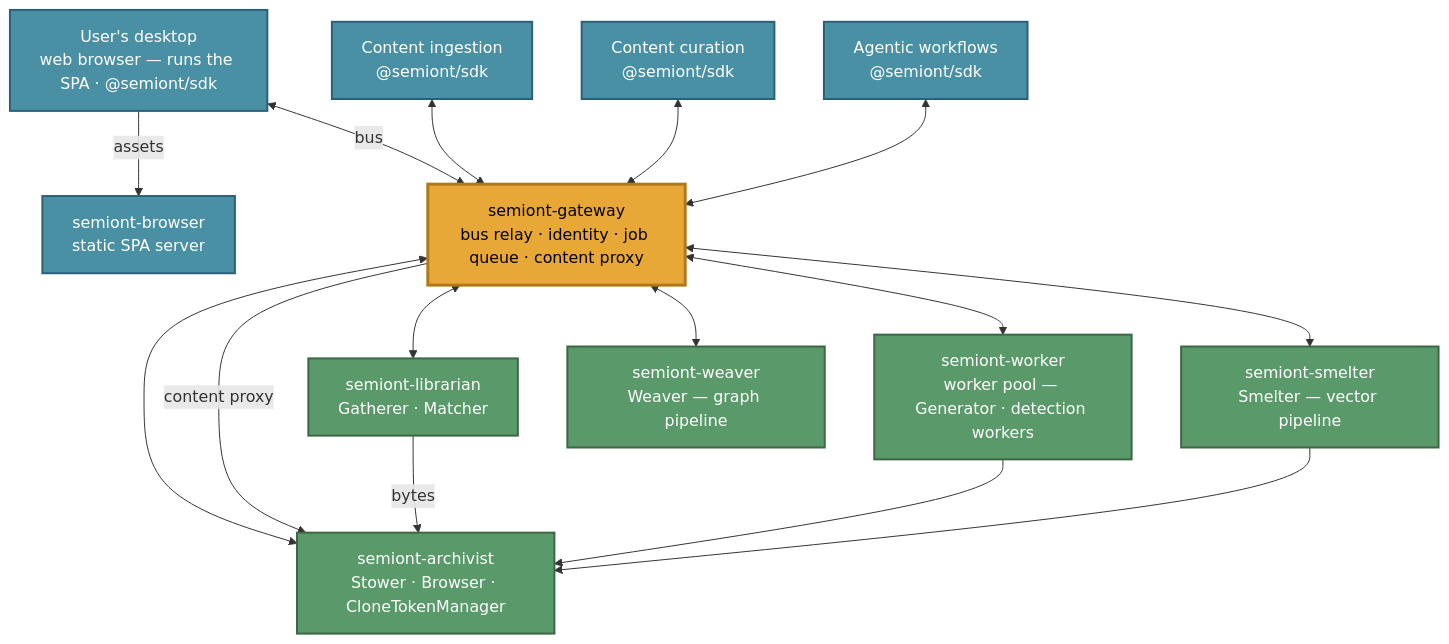
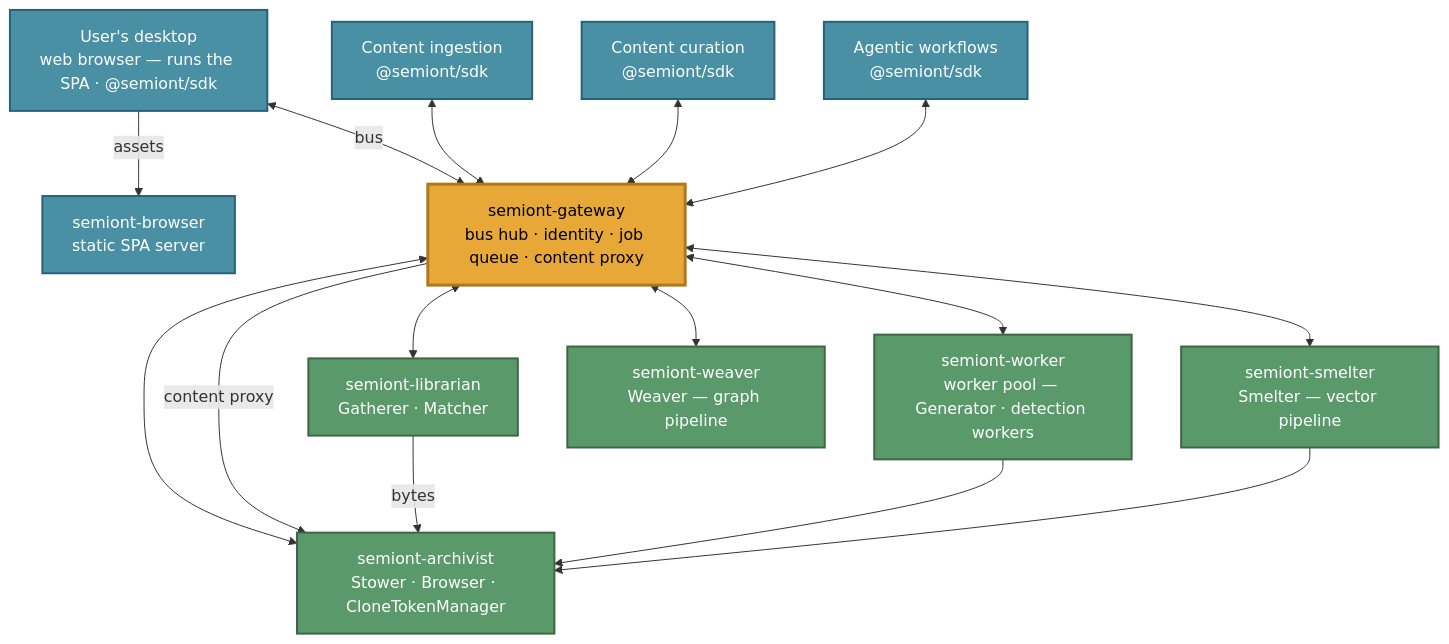
The first of 2 diagrams in docs/system/CONTAINER-TOPOLOGY.md (The-AI-Alliance/semiont), drawn with Mermaid before and after one commit. The commit also changed other lines of this file and 84 other files, not shown here.

````diff
--- a/docs/system/CONTAINER-TOPOLOGY.md
+++ b/docs/system/CONTAINER-TOPOLOGY.md
@@ -19,41 +19,41 @@
 ```mermaid
 graph TB
     USER["User's desktop<br/>web browser — runs the SPA · @semiont/sdk"]
     INGEST["Content ingestion<br/>@semiont/sdk"]
     CURATE["Content curation<br/>@semiont/sdk"]
     AGENT["Agentic workflows<br/>@semiont/sdk"]
 
     BROWSERC["semiont-browser<br/>static SPA server"]
-    GW["semiont-gateway<br/>bus relay · identity · job queue · content proxy"]
+    GW["semiont-gateway<br/>bus hub · identity · job queue · content proxy"]
 
     LIB["semiont-librarian<br/>Gatherer · Matcher"]
     WORKER["semiont-worker<br/>worker pool — Generator · detection workers"]
     SMELT["semiont-smelter<br/>Smelter — vector pipeline"]
     WEAVE["semiont-weaver<br/>Weaver — graph pipeline"]
     ARCH["semiont-archivist<br/>Stower · Browser · CloneTokenManager"]
 
     USER -->|assets| BROWSERC
     USER <-->|bus| GW
     INGEST <--> GW
     CURATE <--> GW
     AGENT <--> GW
 
     GW <--> LIB
     GW <--> WORKER
     GW <--> SMELT
     GW <--> WEAVE
     GW <--> ARCH
 
     GW -->|content proxy| ARCH
     LIB -->|bytes| ARCH
     WORKER --> ARCH
     SMELT --> ARCH
 
     classDef client fill:#4a90a4,stroke:#2c5f7a,stroke-width:2px,color:#fff
     classDef svc fill:#5a9a6a,stroke:#3d6644,stroke-width:2px,color:#fff
     classDef hub fill:#e8a838,stroke:#b07818,stroke-width:3px,color:#000
 
     class USER,INGEST,CURATE,AGENT,BROWSERC client
     class LIB,WORKER,SMELT,WEAVE,ARCH svc
     class GW hub
 ```
````
